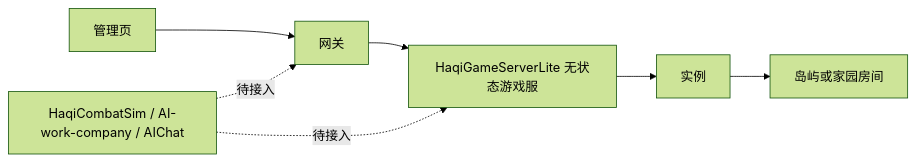
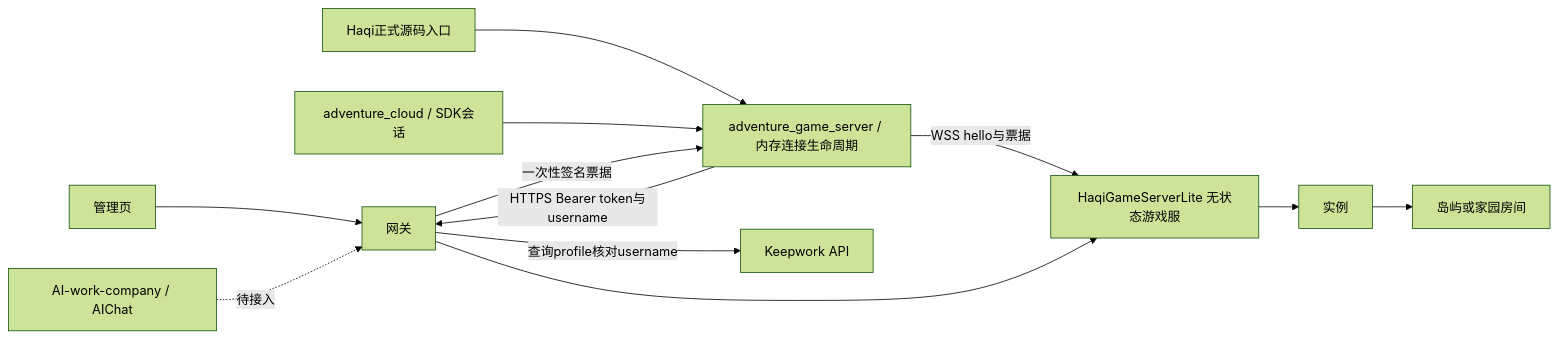
One commit to LiXizhi/HaqiWebTools changed the first of 59 diagrams in HaqiCombatSim/docs/architecture.md. Above: the diagram before and after it, drawn with Mermaid (forest theme). The commit also changed other lines of this file and 10 other files, not shown here.

````diff
--- a/HaqiCombatSim/docs/architecture.md
+++ b/HaqiCombatSim/docs/architecture.md
@@ -7,9 +9,14 @@
 ```mermaid
 flowchart LR
     Admin[管理页] --> Gateway[网关]
-    Clients[HaqiCombatSim / AI-work-company / AIChat] -. 待接入 .-> Gateway
-    Clients -. 待接入 .-> Game[HaqiGameServerLite 无状态游戏服]
+    Haqi[Haqi正式源码入口] --> Session[adventure_game_server / 内存连接生命周期]
+    Cloud[adventure_cloud / SDK会话] --> Session
+    Session -->|HTTPS Bearer token与username| Gateway
+    Gateway -->|查询profile核对username| Keepwork[Keepwork API]
+    Gateway -->|一次性签名票据| Session
+    Session -->|WSS hello与票据| Game[HaqiGameServerLite 无状态游戏服]
+    Clients[AI-work-company / AIChat] -. 待接入 .-> Gateway
     Gateway --> Game
     Game --> Instance[实例]
     Instance --> Room[岛屿或家园房间]
 ```
````
